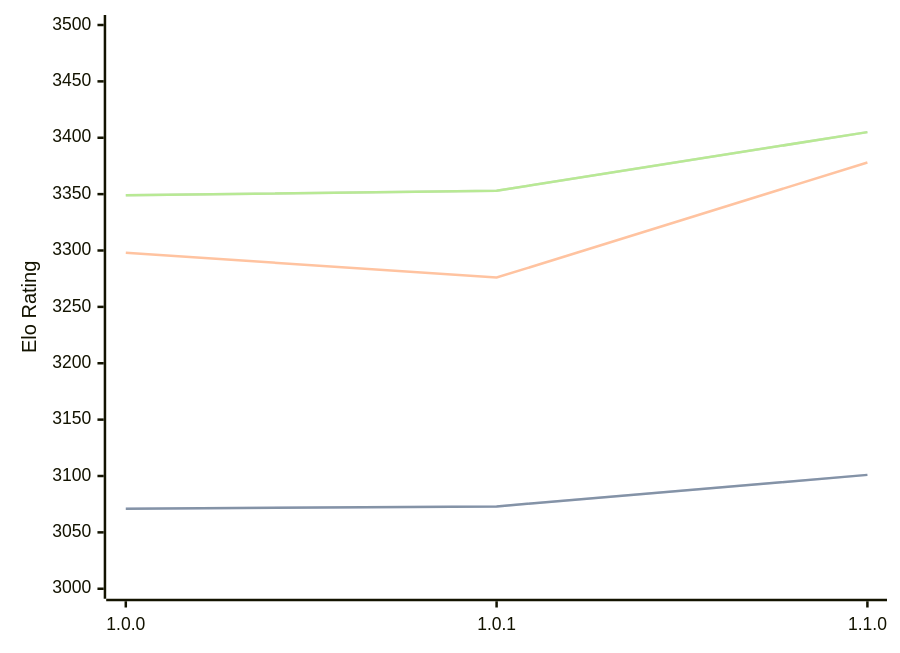
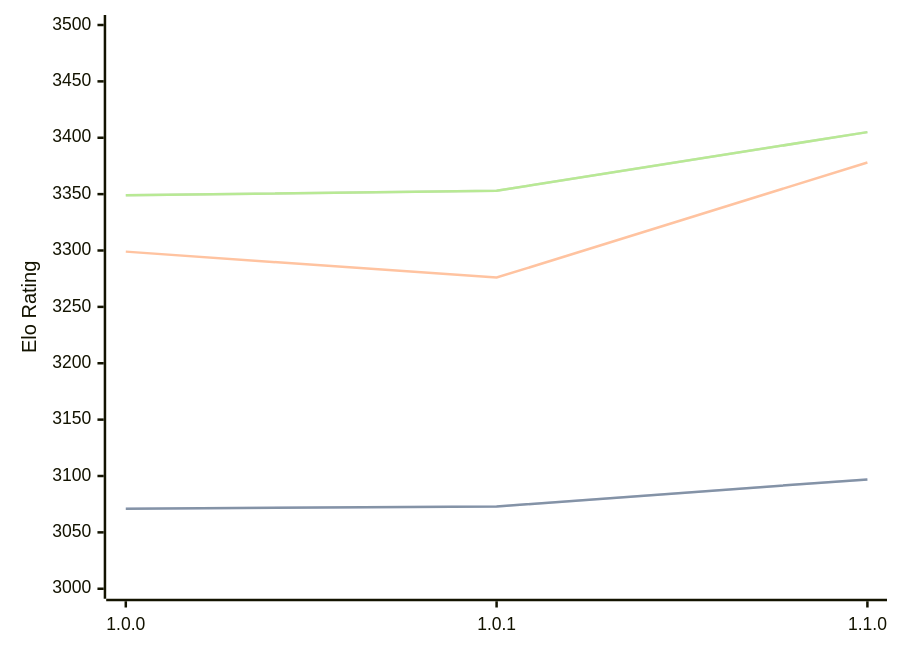
One commit to computer-chess-index/cci changed the diagram in engines/Ursus.md. Above: the diagram before and after it, drawn with Mermaid. The commit also changed other lines of this file, not shown here.

````diff
--- a/engines/Ursus.md
+++ b/engines/Ursus.md
@@ -33,11 +33,11 @@
 ```mermaid
 %%{init: {"theme":"base","themeVariables":{"seriesColors:['#a3a3a3','#222221','#faa371']}}}%%
 xychart-beta
   x-axis ["1.0.0", "1.0.1", "1.1.0"]
   y-axis "Elo Rating" 3000 --> 3500
-  line "" [3071, 3073, 3101]
-  line "STC (8.0+0.08s)" [3071, 3073, 3101]
-  line "LTC (60.0+0.60s)" [3298, 3276, 3378]
+  line "" [3071, 3073, 3097]
+  line "STC (8.0+0.08s)" [3071, 3073, 3097]
+  line "LTC (60.0+0.60s)" [3299, 3276, 3378]
   line "" [3349, 3353, 3405]
   line "VLTC (2m24s+1.12s)" [3349, 3353, 3405]
 ```
````
